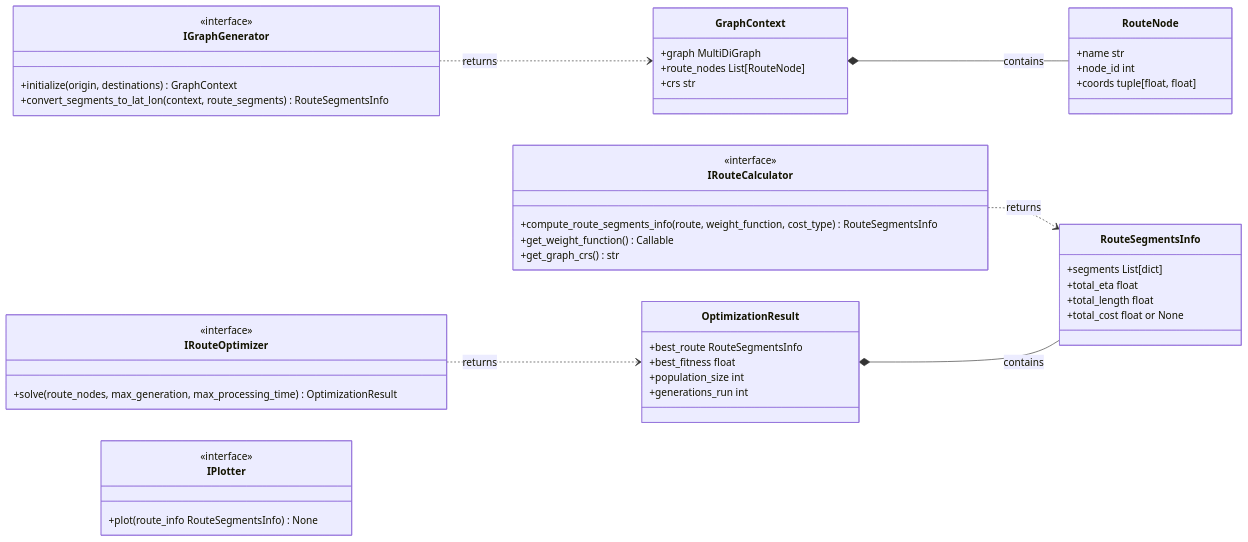
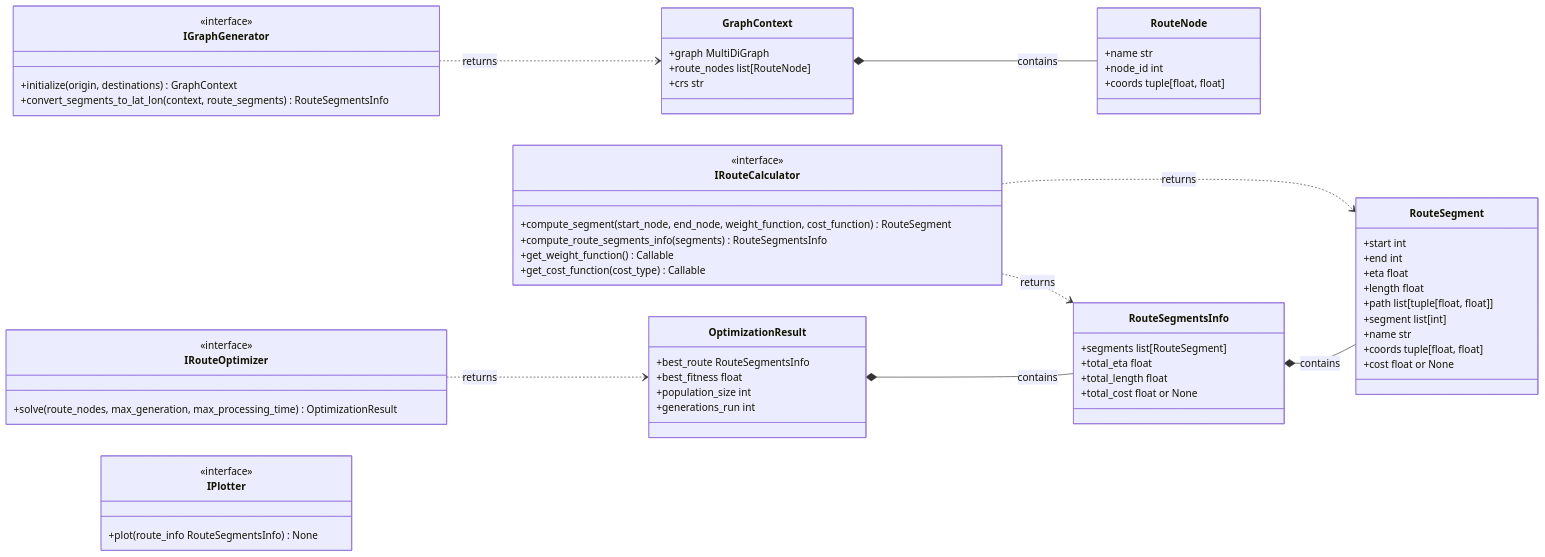
One commit to luizaaca/api_best_route changed the first of 3 diagrams in architecture.md. Above: the diagram before and after it, drawn with Mermaid. The commit also changed other lines of this file and 13 other files, not shown here.

Commit message:
feat: Refactor route optimization service to support plotter injection, enhance route segment handling, and improve route calculation logic

````diff
--- a/architecture.md
+++ b/architecture.md
@@ -114,59 +114,74 @@
 ```mermaid
 classDiagram
     direction LR
 
     class IGraphGenerator {
         <<interface>>
         +initialize(origin, destinations) GraphContext
         +convert_segments_to_lat_lon(context, route_segments) RouteSegmentsInfo
     }
 
     class IRouteCalculator {
         <<interface>>
-        +compute_route_segments_info(route, weight_function, cost_type) RouteSegmentsInfo
+        +compute_segment(start_node, end_node, weight_function, cost_function) RouteSegment
+        +compute_route_segments_info(segments) RouteSegmentsInfo
         +get_weight_function() Callable
-        +get_graph_crs() str
+        +get_cost_function(cost_type) Callable
     }
 
     class IRouteOptimizer {
         <<interface>>
         +solve(route_nodes, max_generation, max_processing_time) OptimizationResult
     }
 
     class IPlotter {
         <<interface>>
         +plot(route_info RouteSegmentsInfo) None
     }
 
     class RouteNode {
         +name str
         +node_id int
         +coords tuple[float, float]
     }
 
     class GraphContext {
         +graph MultiDiGraph
-        +route_nodes List[RouteNode]
+        +route_nodes list[RouteNode]
         +crs str
     }
 
+    class RouteSegment {
+        +start int
+        +end int
+        +eta float
+        +length float
+        +path list[tuple[float, float]]
+        +segment list[int]
+        +name str
+        +coords tuple[float, float]
+        +cost float or None
+    }
+
     class RouteSegmentsInfo {
-        +segments List[dict]
+        +segments list[RouteSegment]
         +total_eta float
         +total_length float
         +total_cost float or None
     }
 
     class OptimizationResult {
         +best_route RouteSegmentsInfo
         +best_fitness float
         +population_size int
         +generations_run int
     }
 
     IGraphGenerator ..> GraphContext : returns
+    IRouteCalculator ..> RouteSegment : returns
     IRouteCalculator ..> RouteSegmentsInfo : returns
     IRouteOptimizer ..> OptimizationResult : returns
     GraphContext *-- RouteNode : contains
+    RouteSegmentsInfo *-- RouteSegment : contains
     OptimizationResult *-- RouteSegmentsInfo : contains
 ```
````
